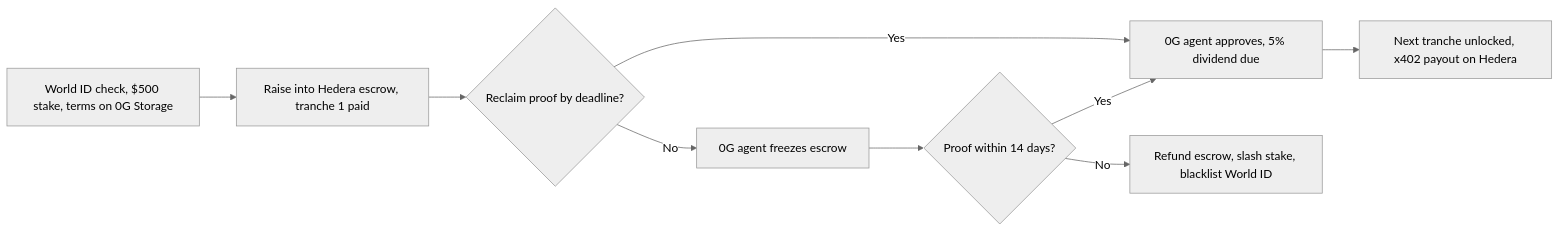
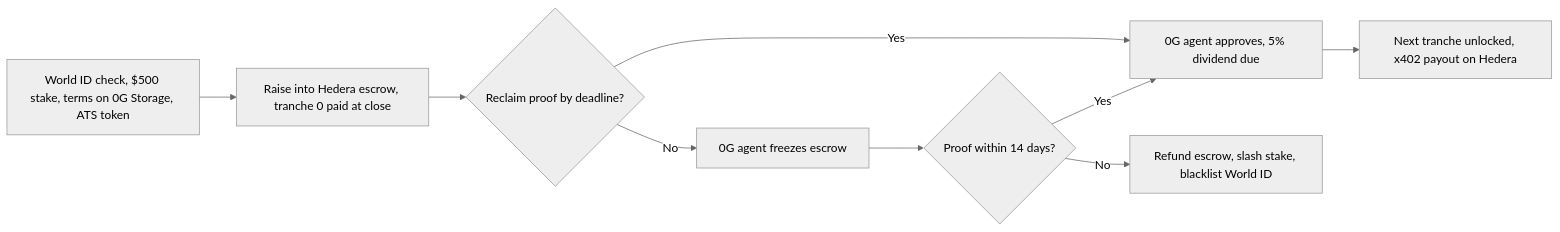
Before and after one commit to predatorx7/stakeme-ex: the first of 2 diagrams in README.md, drawn with Mermaid (neutral theme). The commit also changed other lines of this file and 10 other files, not shown here.

````diff
--- a/README.md
+++ b/README.md
@@ -40,11 +51,11 @@
 ```mermaid
 flowchart LR
-	ipo["World ID check, $500 stake, terms on 0G Storage"] --> raise["Raise into Hedera escrow, tranche 1 paid"]
+	ipo["World ID check, $500 stake, terms on 0G Storage, ATS token"] --> raise["Raise into Hedera escrow, tranche 0 paid at close"]
 	raise --> proof{"Reclaim proof by deadline?"}
 	proof -->|"Yes"| audit["0G agent approves, 5% dividend due"]
 	audit --> pay["Next tranche unlocked, x402 payout on Hedera"]
 	proof -->|"No"| freeze["0G agent freezes escrow"]
 	freeze --> grace{"Proof within 14 days?"}
 	grace -->|"Yes"| audit
 	grace -->|"No"| liquidate["Refund escrow, slash stake, blacklist World ID"]
 ```
````
